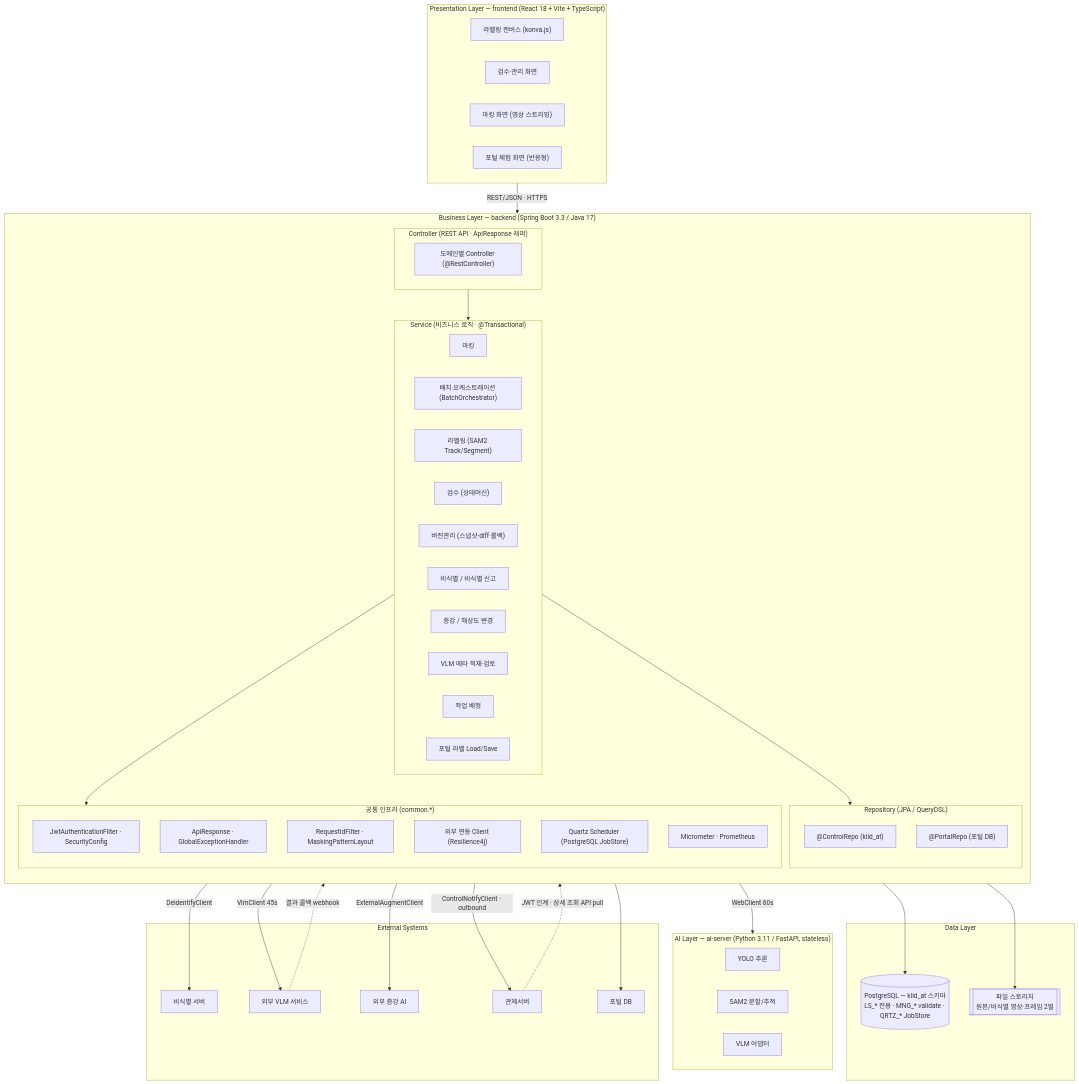
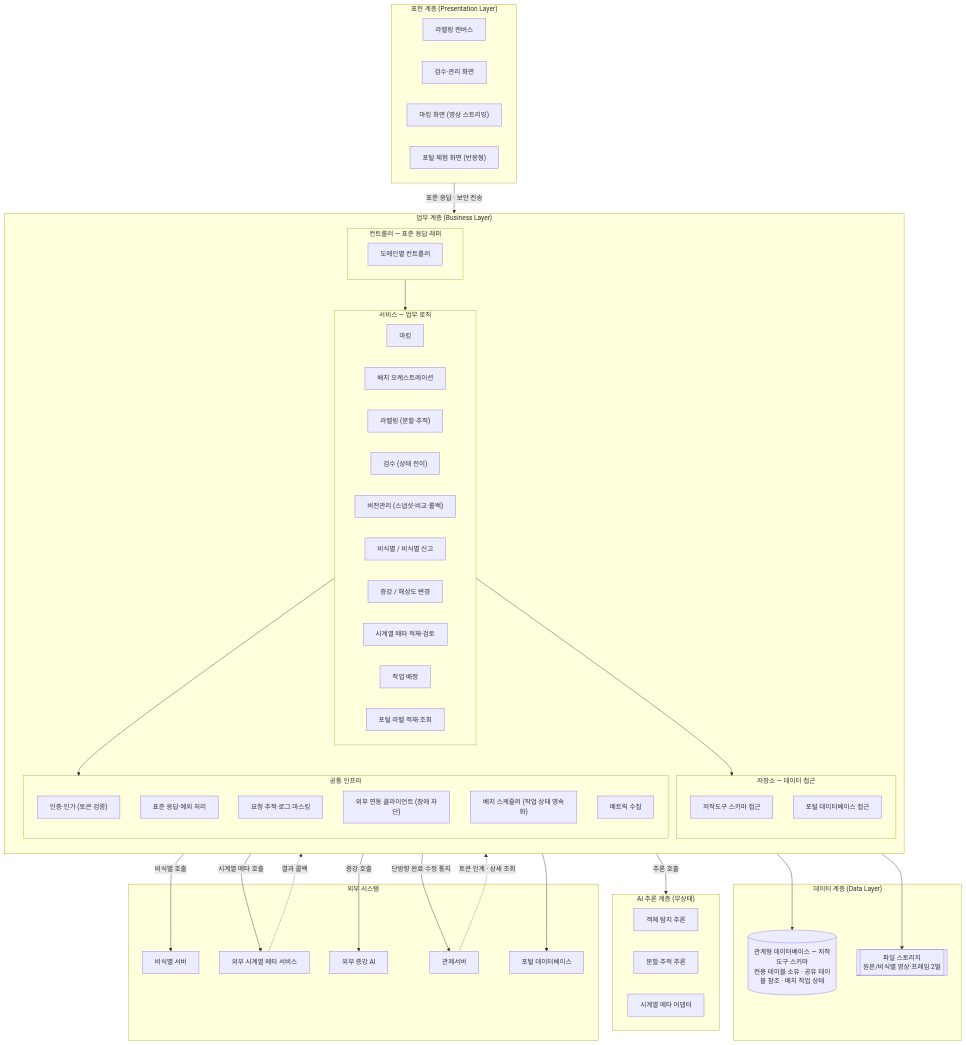
Before and after one commit to New-stella/klid-label: the first of 2 diagrams in docs/design/D5-아키텍처설계서.md, drawn with Mermaid. The commit also changed other lines of this file and 32 other files, not shown here.

````diff
--- a/docs/design/D5-아키텍처설계서.md
+++ b/docs/design/D5-아키텍처설계서.md
@@ -32,74 +35,74 @@
 ```mermaid
 flowchart TB
-    subgraph PRES["Presentation Layer — frontend (React 18 + Vite + TypeScript)"]
-        UI_LABEL["라벨링 캔버스 (konva.js)"]
+    subgraph PRES["표현 계층 (Presentation Layer)"]
+        UI_LABEL["라벨링 캔버스"]
         UI_REVIEW["검수·관리 화면"]
         UI_MARK["마킹 화면 (영상 스트리밍)"]
         UI_PORTAL["포털 체험 화면 (반응형)"]
     end
 
-    subgraph BIZ["Business Layer — backend (Spring Boot 3.3 / Java 17)"]
+    subgraph BIZ["업무 계층 (Business Layer)"]
         direction TB
-        subgraph CTRL["Controller (REST API · ApiResponse 래퍼)"]
-            C_API["도메인별 Controller (@RestController)"]
+        subgraph CTRL["컨트롤러 — 표준 응답 래퍼"]
+            C_API["도메인별 컨트롤러"]
         end
-        subgraph SVC["Service (비즈니스 로직 · @Transactional)"]
+        subgraph SVC["서비스 — 업무 로직"]
             S_MARK["마킹"]
-            S_BATCH["배치 오케스트레이션 (BatchOrchestrator)"]
-            S_LABEL["라벨링 (SAM2 Track/Segment)"]
-            S_REVIEW["검수 (상태머신)"]
-            S_VER["버전관리 (스냅샷·diff·롤백)"]
+            S_BATCH["배치 오케스트레이션"]
+            S_LABEL["라벨링 (분할·추적)"]
+            S_REVIEW["검수 (상태 전이)"]
+            S_VER["버전관리 (스냅샷·비교·롤백)"]
             S_DEID["비식별 / 비식별 신고"]
             S_AUG["증강 / 해상도 변경"]
-            S_VLM["VLM 메타 적재·검토"]
+            S_VLM["시계열 메타 적재·검토"]
             S_ASSIGN["작업 배정"]
-            S_PORTAL["포털 라벨 Load/Save"]
+            S_PORTAL["포털 라벨 적재·조회"]
         end
-        subgraph REPO["Repository (JPA / QueryDSL)"]
-            R_CTRL["@ControlRepo (klid_at)"]
-            R_PORTAL["@PortalRepo (포털 DB)"]
+        subgraph REPO["저장소 — 데이터 접근"]
+            R_CTRL["저작도구 스키마 접근"]
+            R_PORTAL["포털 데이터베이스 접근"]
         end
-        subgraph INFRA["공통 인프라 (common.*)"]
-            I_SEC["JwtAuthenticationFilter · SecurityConfig"]
-            I_RESP["ApiResponse · GlobalExceptionHandler"]
-            I_LOG["RequestIdFilter · MaskingPatternLayout"]
-            I_CLIENT["외부 연동 Client (Resilience4j)"]
-            I_QUARTZ["Quartz Scheduler (PostgreSQL JobStore)"]
-            I_OBS["Micrometer · Prometheus"]
+        subgraph INFRA["공통 인프라"]
+            I_SEC["인증·인가 (토큰 검증)"]
+            I_RESP["표준 응답·예외 처리"]
+            I_LOG["요청 추적·로그 마스킹"]
+            I_CLIENT["외부 연동 클라이언트 (장애 차단)"]
+            I_SCHED["배치 스케줄러 (작업 상태 영속화)"]
+            I_OBS["메트릭 수집"]
         end
     end
 
-    subgraph DATA["Data Layer"]
-        DB[("PostgreSQL — klid_at 스키마\nLS_* 전용 · MNG_* validate · QRTZ_* JobStore")]
-        FS[["파일 스토리지\n원본/비식별 영상·프레임 2벌"]]
+    subgraph DATA["데이터 계층 (Data Layer)"]
+        DB[("관계형 데이터베이스 — 저작도구 스키마<br/>전용 테이블 소유 · 공유 테이블 참조 · 배치 작업 상태")]
+        FS[["파일 스토리지<br/>원본/비식별 영상·프레임 2벌"]]
     end
 
-    subgraph AI["AI Layer — ai-server (Python 3.11 / FastAPI, stateless)"]
-        AI_YOLO["YOLO 추론"]
-        AI_SAM2["SAM2 분할/추적"]
-        AI_VLM["VLM 어댑터"]
+    subgraph AI["AI 추론 계층 (무상태)"]
+        AI_YOLO["객체 탐지 추론"]
+        AI_SAM2["분할·추적 추론"]
+        AI_VLM["시계열 메타 어댑터"]
     end
 
-    subgraph EXT["External Systems"]
+    subgraph EXT["외부 시스템"]
         E_DEID["비식별 서버"]
-        E_VLM["외부 VLM 서비스"]
+        E_VLM["외부 시계열 메타 서비스"]
         E_AUG["외부 증강 AI"]
         E_CTRL["관제서버"]
-        E_PORTALDB["포털 DB"]
+        E_PORTALDB["포털 데이터베이스"]
     end
 
-    PRES -->|REST/JSON · HTTPS| CTRL
+    PRES -->|"표준 응답 · 보안 전송"| CTRL
     CTRL --> SVC
     SVC --> REPO
     SVC --> INFRA
     REPO --> DB
     SVC --> FS
-    I_CLIENT -->|WebClient 60s| AI
-    I_CLIENT -->|DeidentifyClient| E_DEID
-    I_CLIENT -->|VlmClient 45s| E_VLM
-    I_CLIENT -->|ExternalAugmentClient| E_AUG
-    I_CLIENT -->|ControlNotifyClient · outbound| E_CTRL
+    I_CLIENT -->|추론 호출| AI
+    I_CLIENT -->|비식별 호출| E_DEID
+    I_CLIENT -->|시계열 메타 호출| E_VLM
+    I_CLIENT -->|증강 호출| E_AUG
+    I_CLIENT -->|단방향 완료·수정 통지| E_CTRL
     R_PORTAL --> E_PORTALDB
-    E_CTRL -.->|JWT 인계 · 상세 조회 API pull| CTRL
-    E_VLM -.->|결과 콜백 webhook| CTRL
+    E_CTRL -.->|토큰 인계 · 상세 조회| CTRL
+    E_VLM -.->|결과 콜백| CTRL
 ```
````
